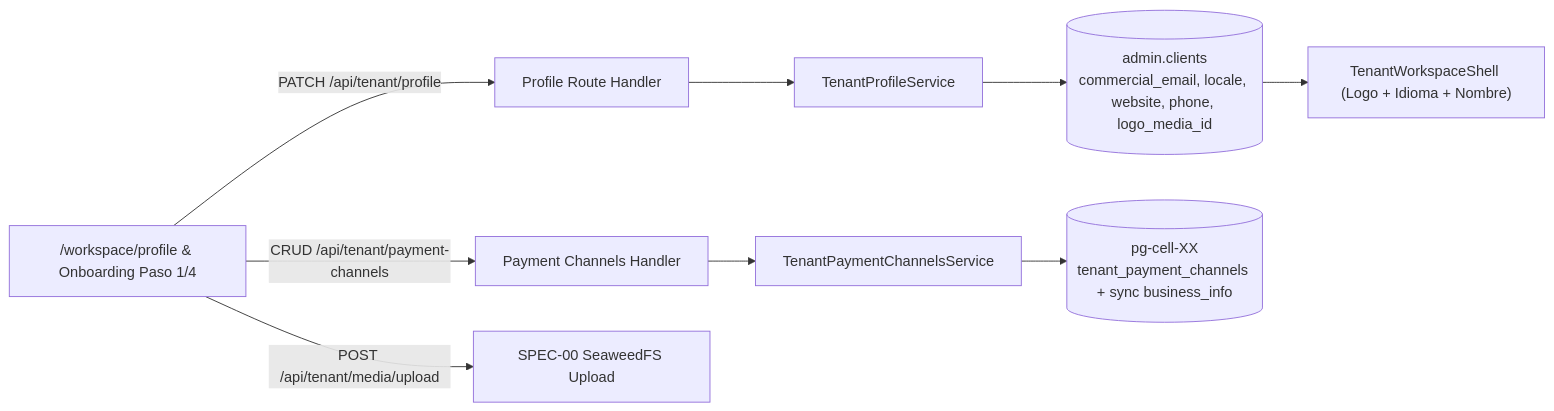
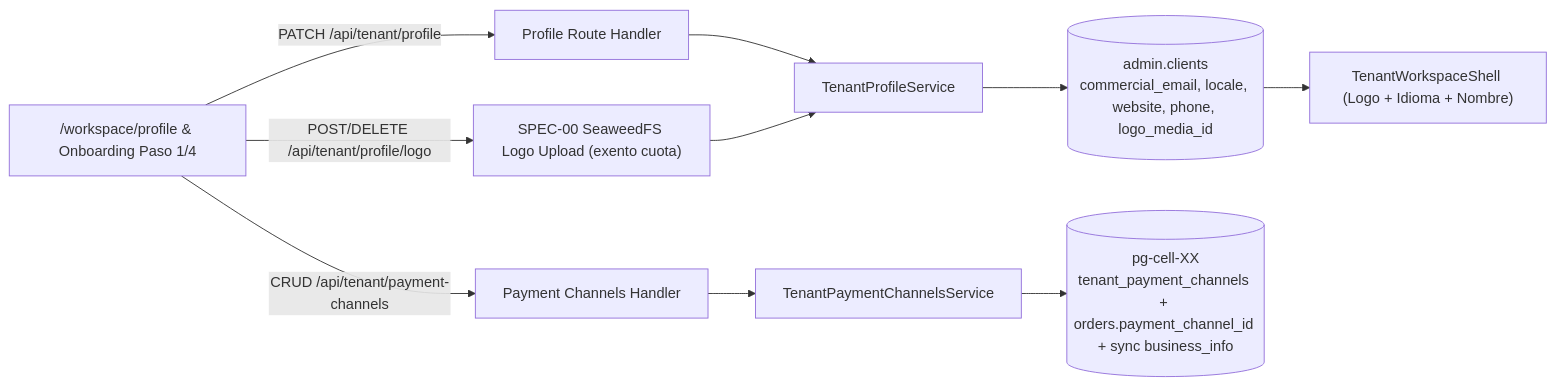
The diagram in docs/specs/spec-05-perfil-negocio-identidad-canales-pago/design.md (EnuarRosales/landig-agencia), drawn with Mermaid before and after one commit. The commit also changed other lines of this file and 36 other files, not shown here.

Commit message:
#1 feat(workspace): implement SPEC-05 business profile, visual identity and payment channels

````diff
--- a/docs/specs/spec-05-perfil-negocio-identidad-canales-pago/design.md
+++ b/docs/specs/spec-05-perfil-negocio-identidad-canales-pago/design.md
@@ -5,11 +5,12 @@
 ```mermaid
 flowchart LR
     UI["/workspace/profile & Onboarding Paso 1/4"] -->|PATCH /api/tenant/profile| ProfileRoute["Profile Route Handler"]
     UI -->|CRUD /api/tenant/payment-channels| PayRoute["Payment Channels Handler"]
-    UI -->|POST /api/tenant/media/upload| MediaUpload["SPEC-00 SeaweedFS Upload"]
+    UI -->|POST/DELETE /api/tenant/profile/logo| MediaUpload["SPEC-00 SeaweedFS Logo Upload (exento cuota)"]
     ProfileRoute --> DomainProfile["TenantProfileService"]
+    MediaUpload --> DomainProfile
     DomainProfile --> ControlDB[("admin.clients<br/>commercial_email, locale, website, phone, logo_media_id")]
     PayRoute --> DomainPay["TenantPaymentChannelsService"]
-    DomainPay --> CellDB[("pg-cell-XX<br/>tenant_payment_channels + sync business_info")]
+    DomainPay --> CellDB[("pg-cell-XX<br/>tenant_payment_channels + orders.payment_channel_id + sync business_info")]
     ControlDB --> Shell["TenantWorkspaceShell (Logo + Idioma + Nombre)"]
 ```
````
